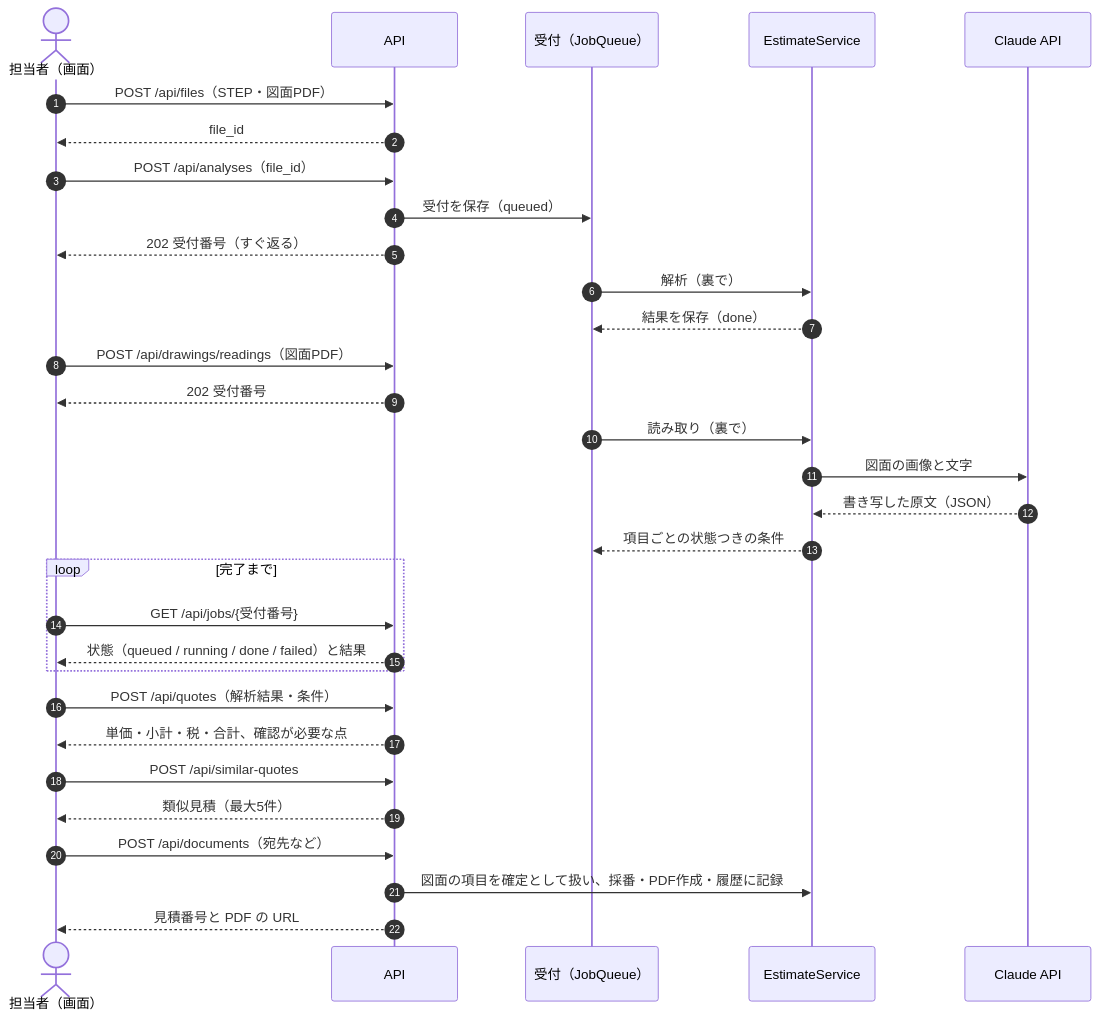
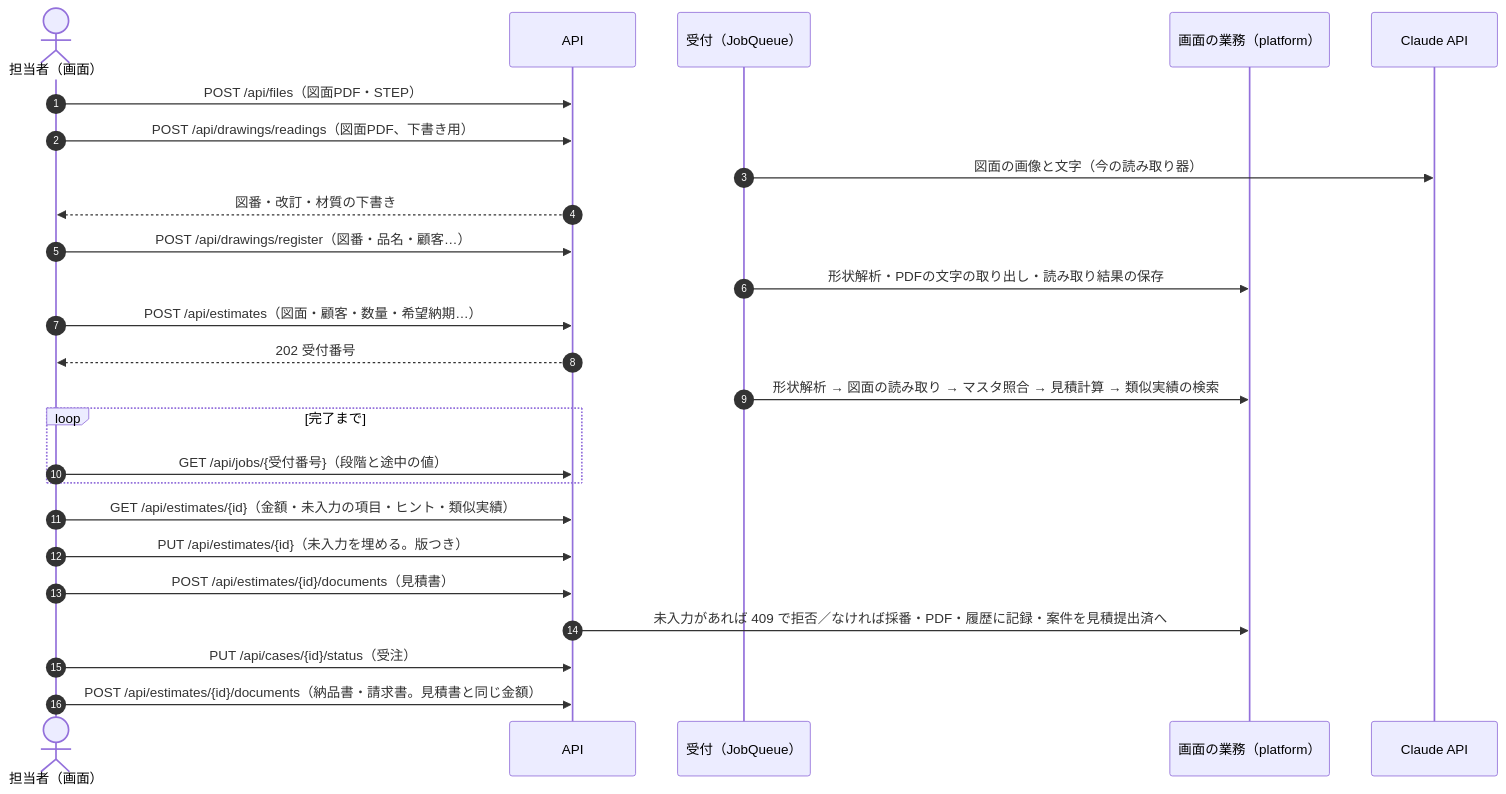
Before and after one commit to 1975020t/step_analysis_for_automatic-estimate: the second of 11 diagrams in docs/02_設計書.md, drawn with Mermaid. The commit also changed other lines of this file and 40 other files, not shown here.

First line of the commit message:
Documents for the new screens and database: README, CLAUDE.md, requirements, design (database chapter), screen design, operation manual, evaluation report, API design; new screenshots and rebuilt PDFs

````diff
--- a/docs/02_設計書.md
+++ b/docs/02_設計書.md
@@ -37,33 +37,27 @@
-```mermaid 図 アップロードから見積書までのシーケンス（API を使う場合）
+```mermaid 図 図面の登録から見積書の発行まで
 sequenceDiagram
   autonumber
   actor U as 担当者（画面）
   participant A as API
   participant J as 受付（JobQueue）
-  participant S as EstimateService
+  participant P as 画面の業務（platform）
   participant L as Claude API
-  U->>A: POST /api/files（STEP・図面PDF）
-  A-->>U: file_id
-  U->>A: POST /api/analyses（file_id）
-  A->>J: 受付を保存（queued）
-  A-->>U: 202 受付番号（すぐ返る）
-  J->>S: 解析（裏で）
-  S-->>J: 結果を保存（done）
-  U->>A: POST /api/drawings/readings（図面PDF）
+  U->>A: POST /api/files（図面PDF・STEP）
+  U->>A: POST /api/drawings/readings（図面PDF、下書き用）
+  J->>L: 図面の画像と文字（今の読み取り器）
+  A-->>U: 図番・改訂・材質の下書き
+  U->>A: POST /api/drawings/register（図番・品名・顧客…）
+  J->>P: 形状解析・PDFの文字の取り出し・読み取り結果の保存
+  U->>A: POST /api/estimates（図面・顧客・数量・希望納期…）
   A-->>U: 202 受付番号
-  J->>S: 読み取り（裏で）
-  S->>L: 図面の画像と文字
-  L-->>S: 書き写した原文（JSON）
-  S-->>J: 項目ごとの状態つきの条件
+  J->>P: 形状解析 → 図面の読み取り → マスタ照合 → 見積計算 → 類似実績の検索
   loop 完了まで
-    U->>A: GET /api/jobs/{受付番号}
-    A-->>U: 状態（queued / running / done / failed）と結果
+    U->>A: GET /api/jobs/{受付番号}（段階と途中の値）
   end
-  U->>A: POST /api/quotes（解析結果・条件）
-  A-->>U: 単価・小計・税・合計、確認が必要な点
-  U->>A: POST /api/similar-quotes
-  A-->>U: 類似見積（最大5件）
-  U->>A: POST /api/documents（宛先など）
-  A->>S: 図面の項目を確定として扱い、採番・PDF作成・履歴に記録
-  A-->>U: 見積番号と PDF の URL
+  U->>A: GET /api/estimates/{id}（金額・未入力の項目・ヒント・類似実績）
+  U->>A: PUT /api/estimates/{id}（未入力を埋める。版つき）
+  U->>A: POST /api/estimates/{id}/documents（見積書）
+  A->>P: 未入力があれば 409 で拒否／なければ採番・PDF・履歴に記録・案件を見積提出済へ
+  U->>A: PUT /api/cases/{id}/status（受注）
+  U->>A: POST /api/estimates/{id}/documents（納品書・請求書。見積書と同じ金額）
 ```
````
